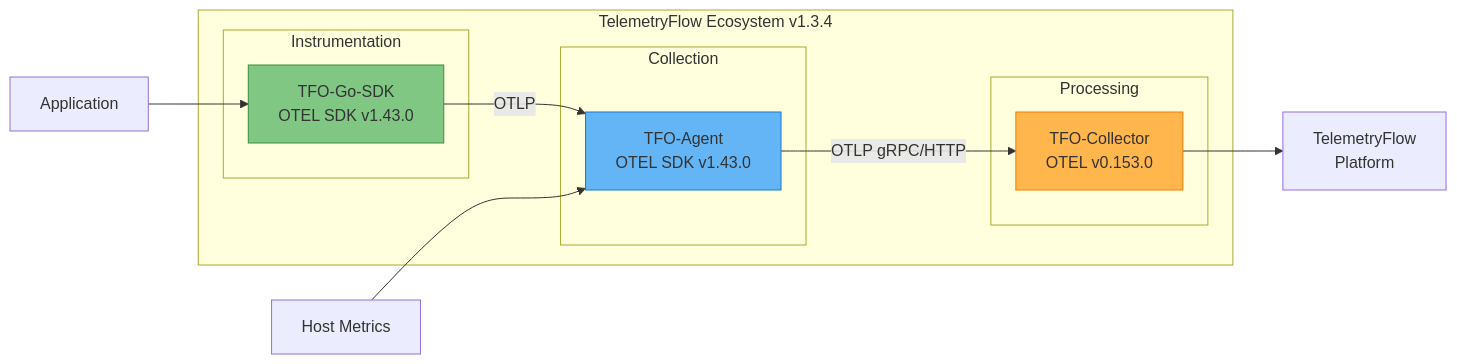
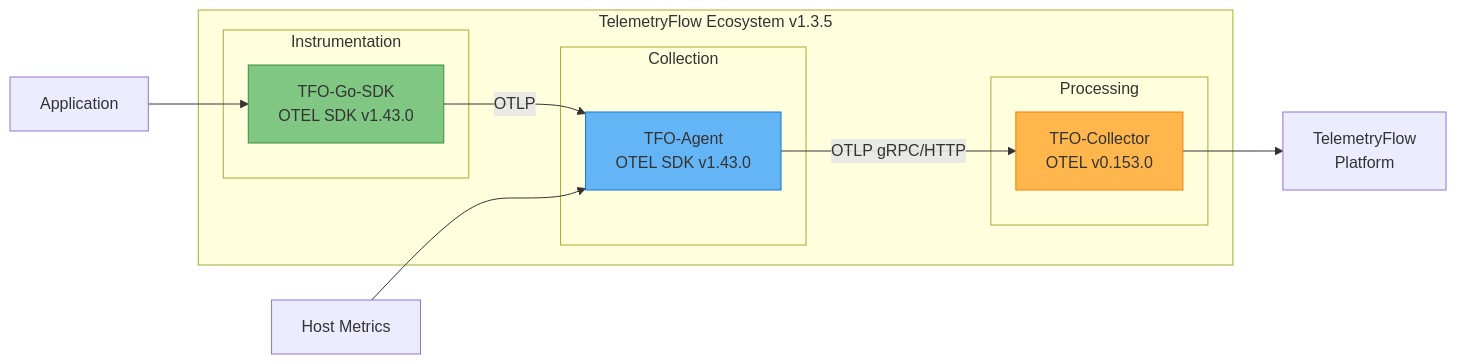
One commit to telemetryflow/telemetryflow-agent changed the first of 3 diagrams in docs/README.md. Above: the diagram before and after it, drawn with Mermaid. The commit also changed 31 other files, not shown here.

````diff
--- a/docs/README.md
+++ b/docs/README.md
@@ -29,26 +29,26 @@
 ```mermaid
 graph LR
-    subgraph "TelemetryFlow Ecosystem v1.3.4"
+    subgraph "TelemetryFlow Ecosystem v1.3.5"
         subgraph "Instrumentation"
             SDK[TFO-Go-SDK<br/>OTEL SDK v1.43.0]
         end
 
         subgraph "Collection"
             AGENT[TFO-Agent<br/>OTEL SDK v1.43.0]
         end
 
         subgraph "Processing"
             COLLECTOR[TFO-Collector<br/>OTEL v0.153.0]
         end
     end
 
     APP[Application] --> SDK
     SDK -->|OTLP| AGENT
     HOST[Host Metrics] --> AGENT
     AGENT -->|OTLP gRPC/HTTP| COLLECTOR
     COLLECTOR --> BACKEND[TelemetryFlow<br/>Platform]
 
     style SDK fill:#81C784,stroke:#388E3C
     style AGENT fill:#64B5F6,stroke:#1976D2
     style COLLECTOR fill:#FFB74D,stroke:#F57C00
 ```
````
